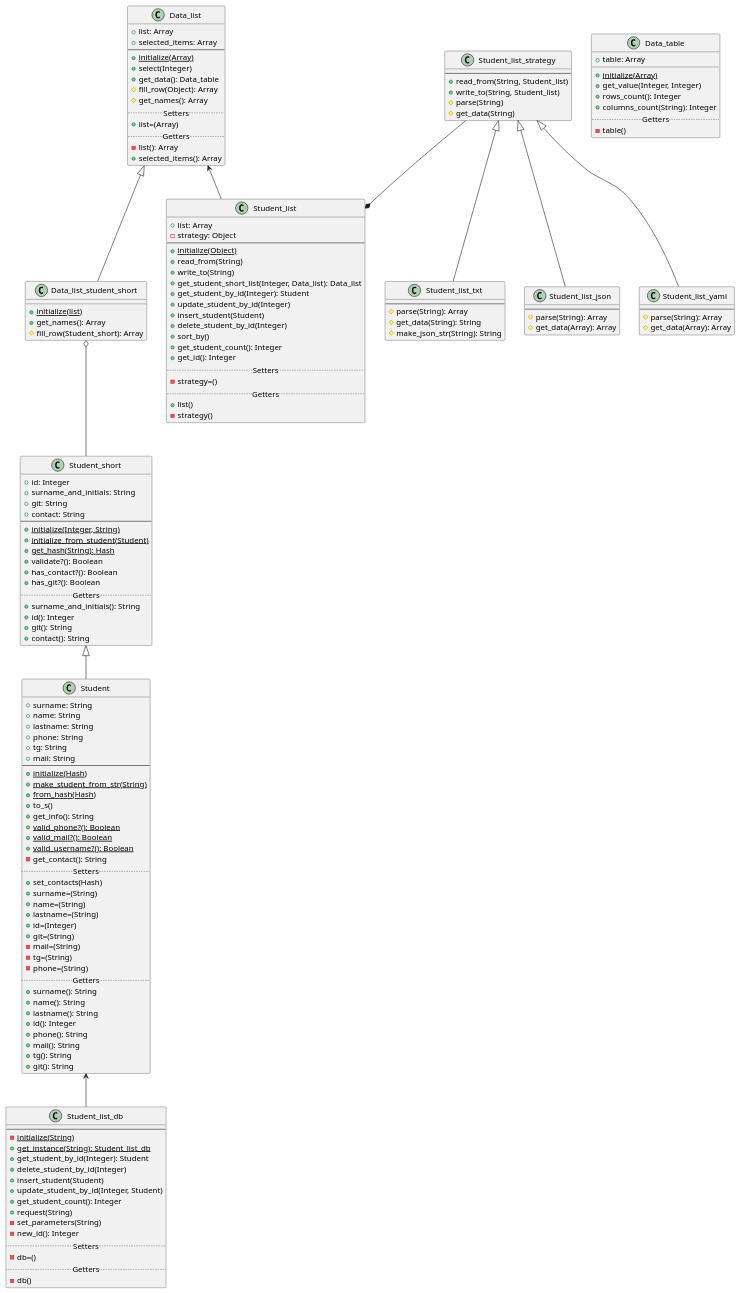
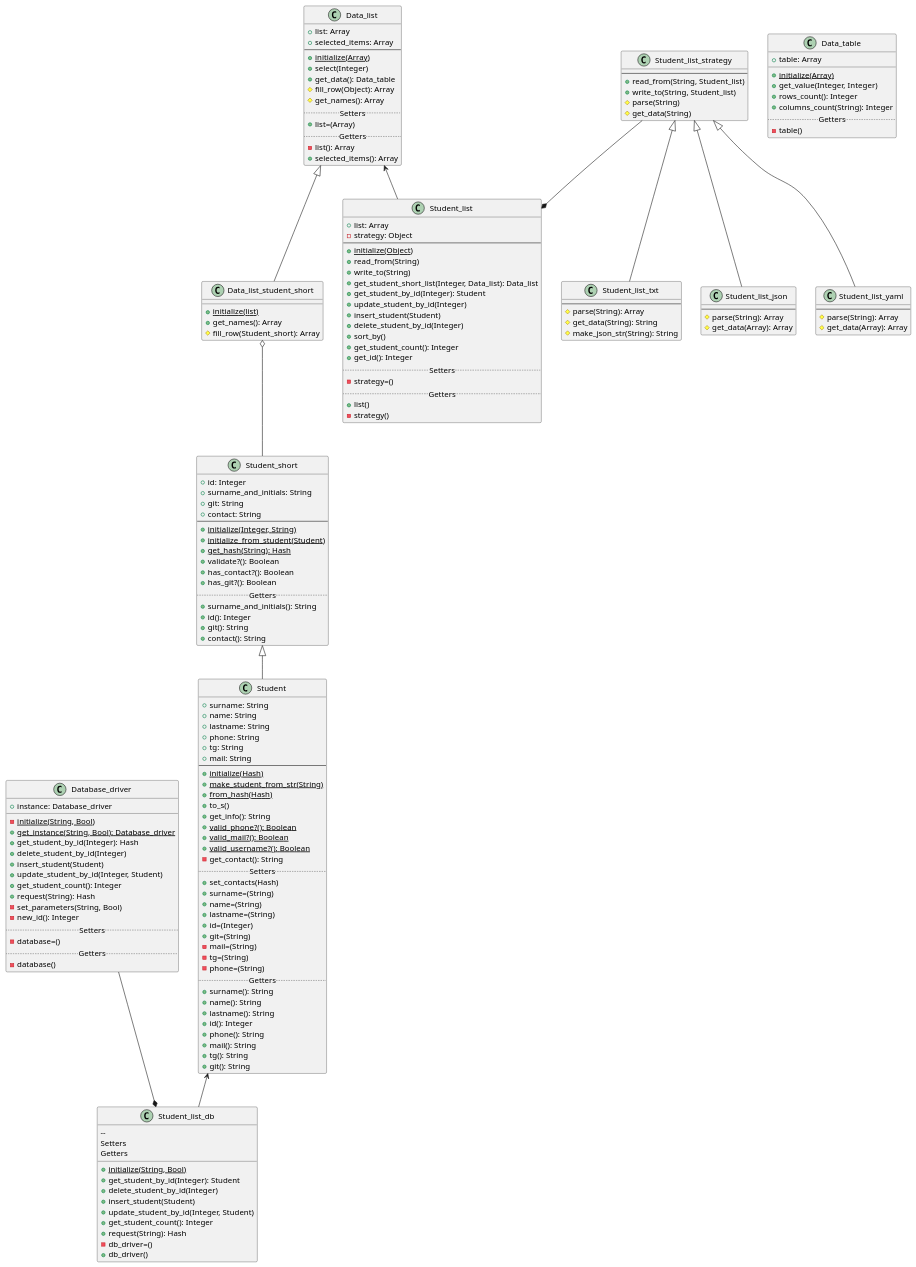
One commit to archipunkrockboy/Programming-patterns changed the diagram in Lab2/diagrams/Student.puml. Above: the diagram before and after it, drawn with PlantUML. The commit also changed 8 other files, not shown here.

```diff
--- a/Lab2/diagrams/Student.puml
+++ b/Lab2/diagrams/Student.puml
@@ -1,165 +1,183 @@
 @startuml
     Class Student_short
     {
     +id: Integer
     +surname_and_initials: String
     +git: String
     +contact: String
     --
     +{static}initialize(Integer, String)
     +{static}initialize_from_student(Student)
     +{static}get_hash(String): Hash
     +validate?(): Boolean
     +has_contact?(): Boolean
     +has_git?(): Boolean
     ..Getters..
     +surname_and_initials(): String
     +id(): Integer
     +git(): String
     +contact(): String
     }
 
     Class Student extends Student_short
     {
     +surname: String
     +name: String
     +lastname: String
     +phone: String
     +tg: String
     +mail: String
     --
     +{static}initialize(Hash)
     +{static}make_student_from_str(String)
     +{static}from_hash(Hash)
     +to_s()
     +get_info(): String
     +{static}valid_phone?(): Boolean
     +{static}valid_mail?(): Boolean
     +{static}valid_username?(): Boolean
     -get_contact(): String
     .. Setters ..
     +set_contacts(Hash)
     +surname=(String)
     +name=(String)
     +lastname=(String)
     +id=(Integer)
     +git=(String)
     -mail=(String)
     -tg=(String)
     -phone=(String)
     .. Getters ..
     +surname(): String
     +name(): String
     +lastname(): String
     +id(): Integer
     +phone(): String
     +mail(): String
     +tg(): String
     +git(): String
     }
     class Data_table
     {
     +table: Array
     __
     +{static}initialize(Array)
     +get_value(Integer, Integer)
     +rows_count(): Integer
     +columns_count(String): Integer
     ..Getters..
     -table()
     }
     class Data_list
     {
     +list: Array
     +selected_items: Array
     --
     +{static}initialize(Array)
     +select(Integer)
     +get_data(): Data_table
     #fill_row(Object): Array
     #get_names(): Array
     ..Setters..
     +list=(Array)
     ..Getters..
     -list(): Array
     +selected_items(): Array
      }
     class Data_list_student_short extends Data_list
     {
     __
     +{static}initialize(list)
     +get_names(): Array
     #fill_row(Student_short): Array
     }
     class Student_list
     {
     +list: Array
     -strategy: Object
     --
     +{static}initialize(Object)
     +read_from(String)
     +write_to(String)
     +get_student_short_list(Integer, Data_list): Data_list
     +get_student_by_id(Integer): Student
     +update_student_by_id(Integer)
     +insert_student(Student)
     +delete_student_by_id(Integer)
     +sort_by()
     +get_student_count(): Integer
     +get_id(): Integer
     ..Setters..
     -strategy=()
     ..Getters..
     +list()
     -strategy()
     }
     class Student_list_strategy
     {
     --
     +read_from(String, Student_list)
     +write_to(String, Student_list)
     #parse(String)
     #get_data(String)
     }
     class Student_list_txt extends Student_list_strategy
     {
     --
     #parse(String): Array
     #get_data(String): String
     #make_json_str(String): String
     }
     class Student_list_json extends Student_list_strategy
     {
     --
     #parse(String): Array
     #get_data(Array): Array
     }
     class Student_list_yaml extends Student_list_strategy
     {
     --
     #parse(String): Array
     #get_data(Array): Array
     }
     class Student_list_db
     {
+
     --
-    -{static}initialize(String)
-    +{static}get_instance(String): Student_list_db
+    +{static}initialize(String, Bool)
     +get_student_by_id(Integer): Student
     +delete_student_by_id(Integer)
     +insert_student(Student)
     +update_student_by_id(Integer, Student)
     +get_student_count(): Integer
-    +request(String)
-    -set_parameters(String)
+    +request(String): Hash
+    ..Setters..
+    -db_driver=()
+    ..Getters..
+    +db_driver()
+    }
+    class Database_driver
+    {
+    +instance: Database_driver
+    __
+    -{static}initialize(String, Bool)
+    +{static}get_instance(String, Bool): Database_driver
+    +get_student_by_id(Integer): Hash
+    +delete_student_by_id(Integer)
+    +insert_student(Student)
+    +update_student_by_id(Integer, Student)
+    +get_student_count(): Integer
+    +request(String): Hash
+    -set_parameters(String, Bool)
     -new_id(): Integer
     ..Setters..
-    -db=()
+    -database=()
     ..Getters..
-    -db()
+    -database()
     }
     Student_list_strategy --* Student_list
     Data_list_student_short o-- Student_short
     Data_list <-- Student_list
     Student <-- Student_list_db
+    Database_driver --* Student_list_db
 @enduml
```
